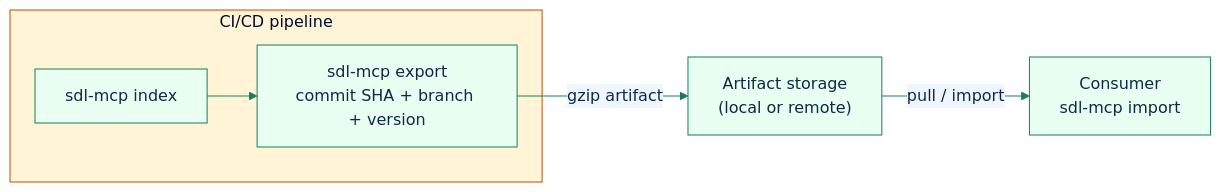
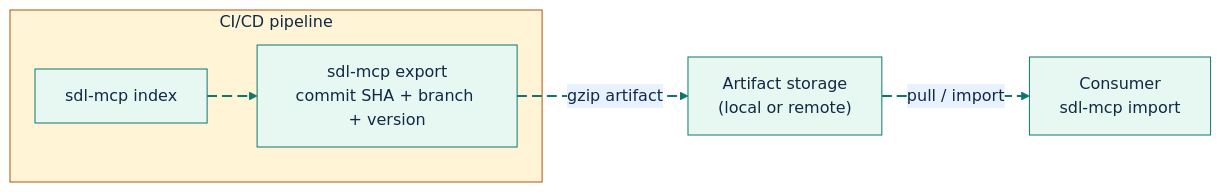
Before and after one commit to GlitterKill/sdl-mcp: the diagram in docs/sync-artifacts.md, drawn with Mermaid. The commit also changed 33 other files, not shown here.

First line of the commit message:
docs: update mermaid diagram themes and styling across documentation

````diff
--- a/docs/sync-artifacts.md
+++ b/docs/sync-artifacts.md
@@ -30,14 +30,24 @@
 ```mermaid
-%%{init: {"theme":"base","themeVariables":{"primaryColor":"#e8fff1","primaryBorderColor":"#157f5b","primaryTextColor":"#102a43","secondaryColor":"#eef6ff","secondaryBorderColor":"#2563eb","tertiaryColor":"#fff4d6","tertiaryBorderColor":"#b45309","lineColor":"#157f5b","fontFamily":"Trebuchet MS, Arial"},"flowchart":{"curve":"basis"}}}%%
+%%{init: {"theme":"base","themeVariables":{"background":"#ffffff","primaryColor":"#E7F8F2","primaryBorderColor":"#0F766E","primaryTextColor":"#102A43","secondaryColor":"#E8F1FF","secondaryBorderColor":"#2563EB","secondaryTextColor":"#102A43","tertiaryColor":"#FFF4D6","tertiaryBorderColor":"#B45309","tertiaryTextColor":"#102A43","lineColor":"#0F766E","textColor":"#102A43","fontFamily":"Inter, ui-sans-serif, system-ui, -apple-system, BlinkMacSystemFont, Segoe UI, sans-serif"},"flowchart":{"curve":"basis","htmlLabels":true}}}%%
 flowchart LR
     subgraph CI["CI/CD pipeline"]
         Index["sdl-mcp index"]
         Export["sdl-mcp export<br/>commit SHA + branch + version"]
-        Index --> Export
+        Index e1@--> Export
     end
 
     Storage["Artifact storage<br/>(local or remote)"]
     Import["Consumer<br/>sdl-mcp import"]
 
-    Export -->|"gzip artifact"| Storage -->|"pull / import"| Import
+    Export e2@-->|"gzip artifact"| Storage
+    Storage e3@-->|"pull / import"| Import
+
+    classDef source fill:#E7F8F2,stroke:#0F766E,stroke-width:2px,color:#102A43;
+    classDef process fill:#E8F1FF,stroke:#2563EB,stroke-width:2px,color:#102A43;
+    classDef decision fill:#FFF4D6,stroke:#B45309,stroke-width:2px,color:#102A43;
+    classDef storage fill:#F2E8FF,stroke:#7C3AED,stroke-width:2px,color:#102A43;
+    classDef output fill:#FFE8EF,stroke:#BE123C,stroke-width:2px,color:#102A43;
+    classDef muted fill:#F8FAFC,stroke:#64748B,stroke-width:1px,color:#102A43;
+    classDef animate stroke:#0F766E,stroke-width:2px,stroke-dasharray:10\,5,stroke-dashoffset:900,animation:dash 22s linear infinite;
+    class e1,e2,e3 animate;
 ```
````
